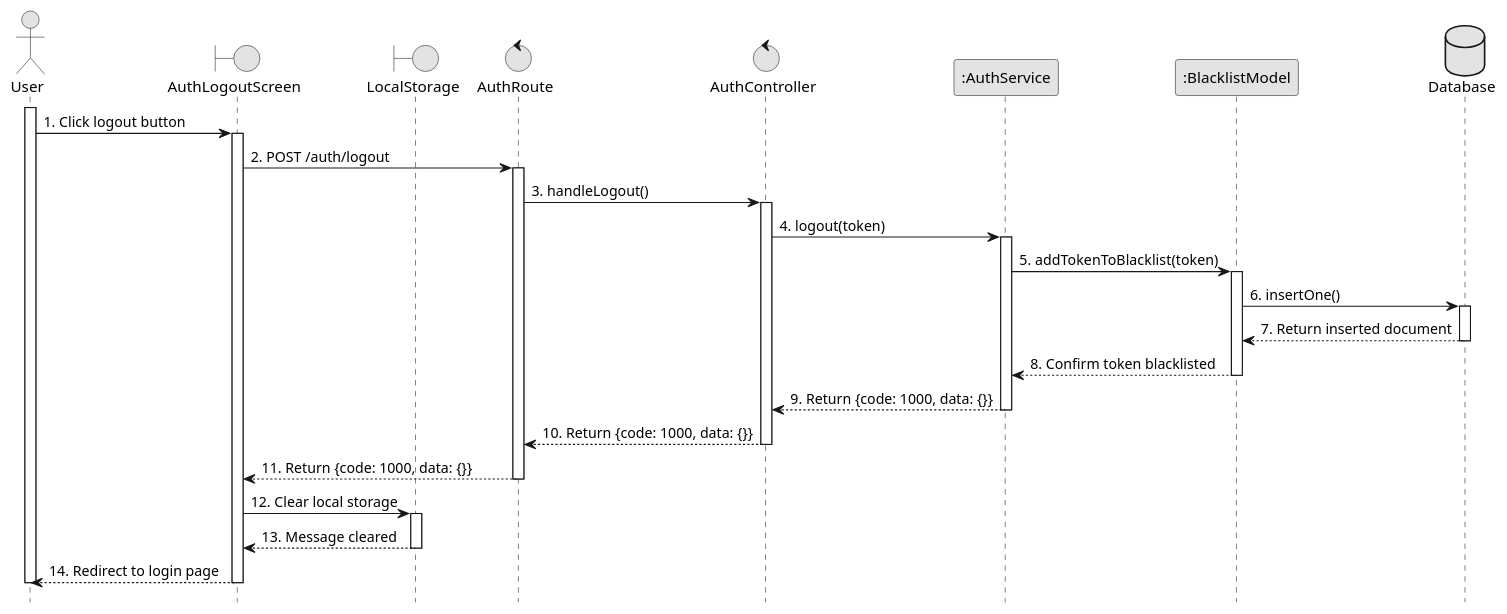
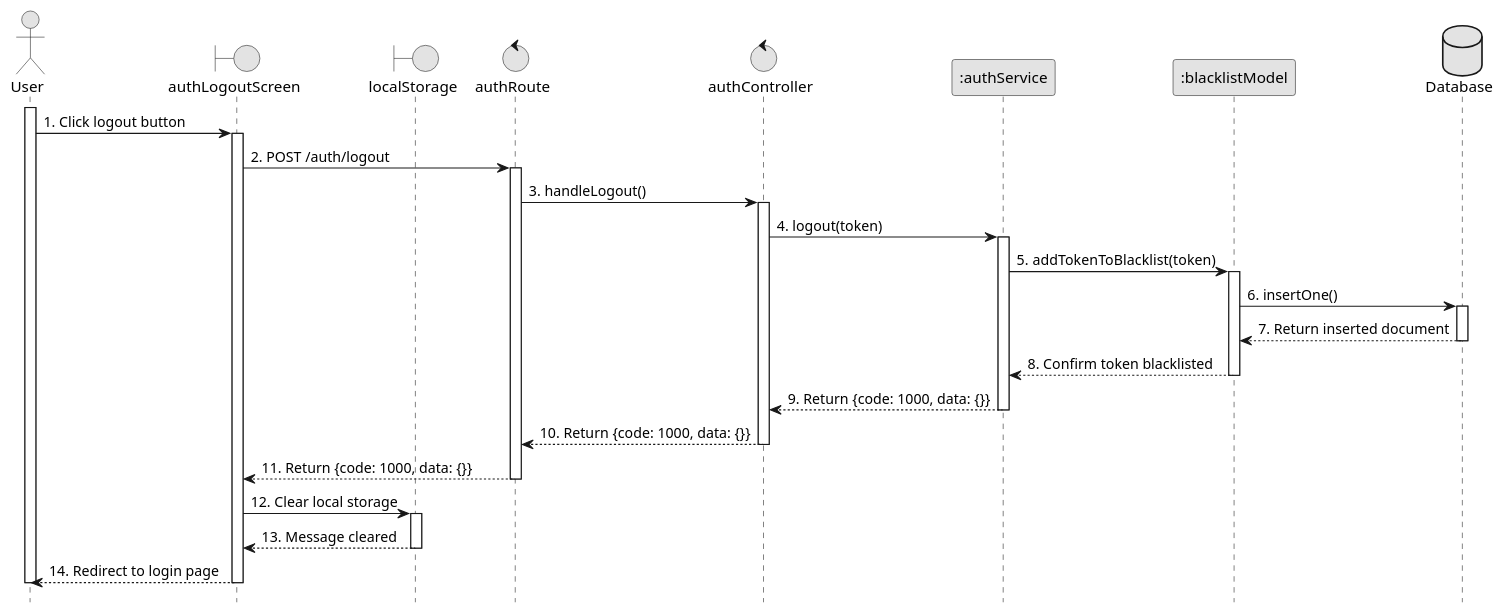
One commit to VietDurian/VietDurian changed the diagram in planuml/web/4_logout.puml. Above: the diagram before and after it, drawn with PlantUML. The commit also changed 23 other files, not shown here.

Commit message:
ViVLT Add sequences

```diff
--- a/planuml/web/4_logout.puml
+++ b/planuml/web/4_logout.puml
@@ -1,47 +1,47 @@
 @startuml 4_logout
 skinparam monochrome true
 skinparam shadowing false
 skinparam sequenceArrowThickness 1
 hide footbox
 
 actor User
-boundary AuthLogoutScreen as UI
-boundary LocalStorage as Storage
-control AuthRoute as Route
-control AuthController as Controller
-participant ":AuthService" as AuthService
-participant ":BlacklistModel" as BlacklistModel
+boundary authLogoutScreen as UI
+boundary localStorage as Storage
+control authRoute as Route
+control authController as Controller
+participant ":authService" as AuthService
+participant ":blacklistModel" as BlacklistModel
 database Database as DB
 
 activate User
 User -> UI : 1. Click logout button
 activate UI
 UI -> Route : 2. POST /auth/logout
 activate Route
 Route -> Controller : 3. handleLogout()
 activate Controller
 Controller -> AuthService : 4. logout(token)
 activate AuthService
 AuthService -> BlacklistModel : 5. addTokenToBlacklist(token)
 activate BlacklistModel
 BlacklistModel -> DB : 6. insertOne()
 activate DB
 DB --> BlacklistModel : 7. Return inserted document
 deactivate DB
 BlacklistModel --> AuthService : 8. Confirm token blacklisted
 deactivate BlacklistModel
 AuthService --> Controller : 9. Return {code: 1000, data: {}}
 deactivate AuthService
 Controller --> Route : 10. Return {code: 1000, data: {}}
 deactivate Controller
 Route --> UI : 11. Return {code: 1000, data: {}}
 deactivate Route
 UI -> Storage : 12. Clear local storage
 activate Storage
 
 Storage --> UI : 13. Message cleared
 deactivate Storage
 UI --> User : 14. Redirect to login page
 deactivate UI
 deactivate User
 @enduml
```
